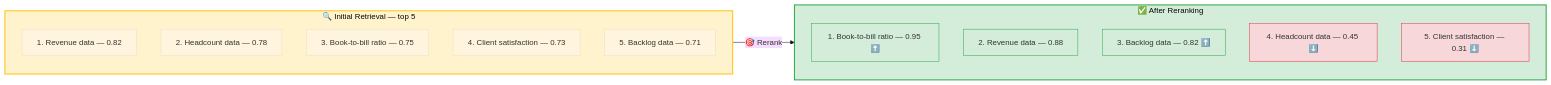
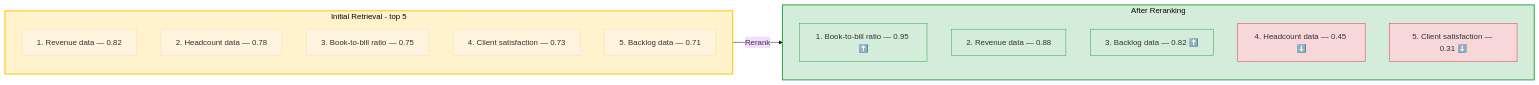
The seventh of 10 diagrams in docs/04-rag-deep-dive.md (ithinktavo/GenAI-Engineering-Handbook), drawn with Mermaid (base theme) before and after one commit. The commit also changed other lines of this file and 9 other files, not shown here.

First line of the commit message:
Fix Mermaid rendering: remove emoji from subgraph titles and unsupported syntax

````diff
--- a/docs/04-rag-deep-dive.md
+++ b/docs/04-rag-deep-dive.md
@@ -329,28 +329,28 @@
 ```mermaid
 graph LR
-    subgraph BEFORE["🔍 Initial Retrieval — top 5"]
+    subgraph BEFORE["Initial Retrieval - top 5"]
         B1["1. Revenue data — 0.82"]
         B2["2. Headcount data — 0.78"]
         B3["3. Book-to-bill ratio — 0.75"]
         B4["4. Client satisfaction — 0.73"]
         B5["5. Backlog data — 0.71"]
     end
 
-    BEFORE -->|"🎯 Rerank"| AFTER
+    BEFORE -->|"Rerank"| AFTER
 
-    subgraph AFTER["✅ After Reranking"]
+    subgraph AFTER["After Reranking"]
         A1["1. Book-to-bill ratio — 0.95 ⬆️"]
         A2["2. Revenue data — 0.88"]
         A3["3. Backlog data — 0.82 ⬆️"]
         A4["4. Headcount data — 0.45 ⬇️"]
         A5["5. Client satisfaction — 0.31 ⬇️"]
     end
 
     style BEFORE fill:#fff3cd,stroke:#ffc107,stroke-width:2px
     style AFTER fill:#d4edda,stroke:#28a745,stroke-width:2px
     style A1 fill:#d4edda,stroke:#28a745
     style A2 fill:#d4edda,stroke:#28a745
     style A3 fill:#d4edda,stroke:#28a745
     style A4 fill:#f8d7da,stroke:#dc3545
     style A5 fill:#f8d7da,stroke:#dc3545
 ```
````
